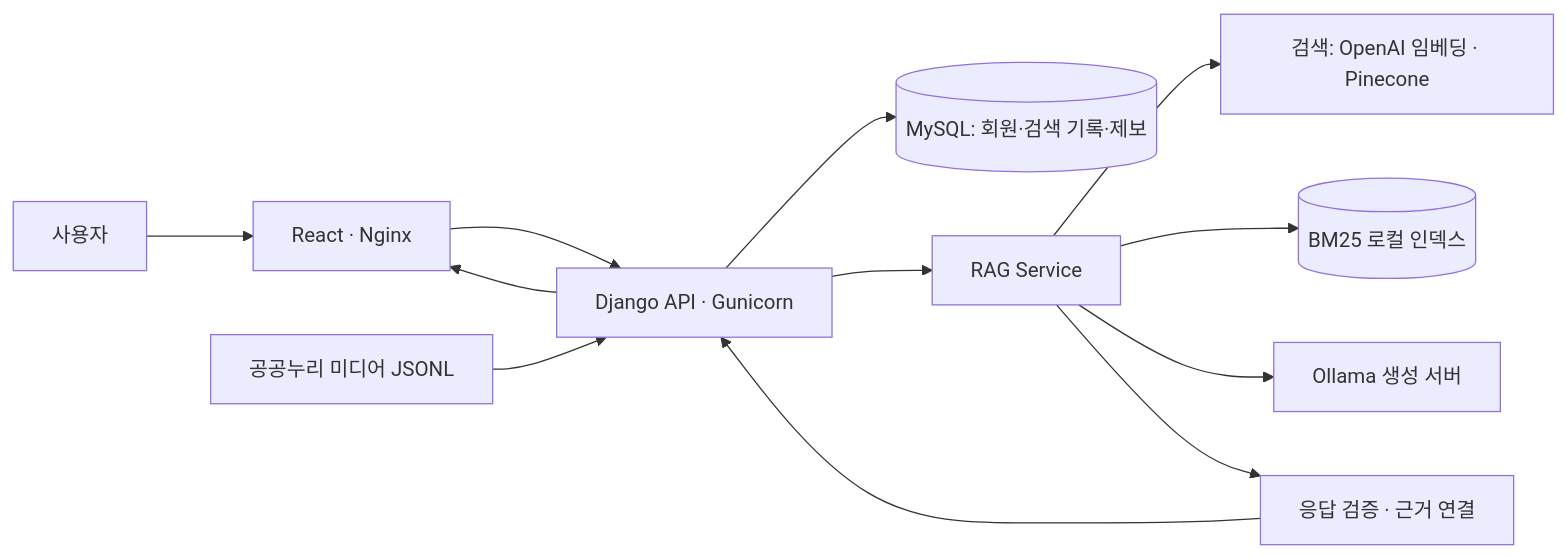
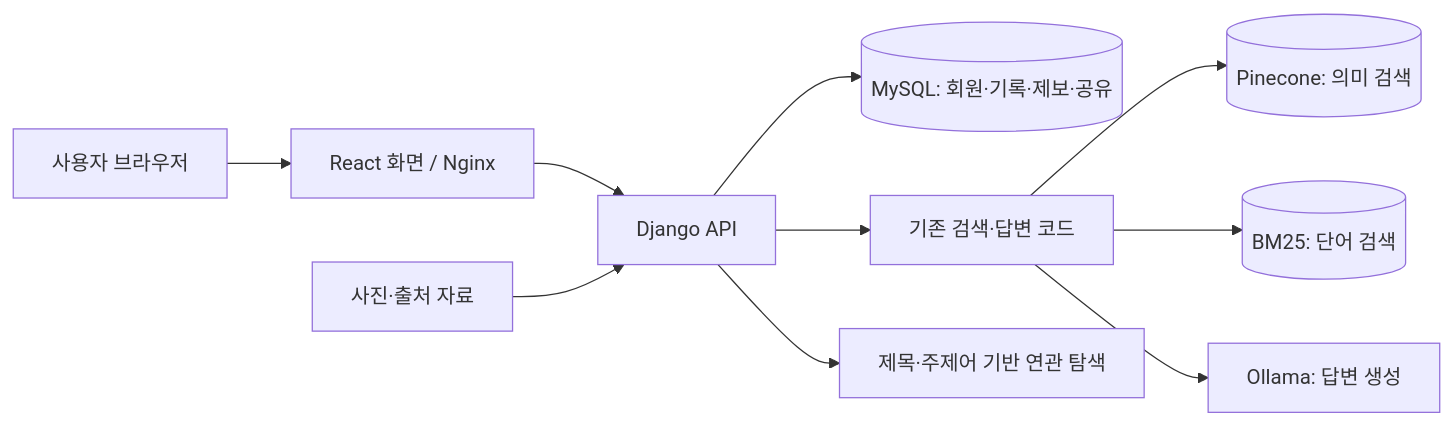
Before and after one commit to SpicyAutumn/SKN33-4th-1Team: the second of 2 diagrams in README.md, drawn with Mermaid. The commit also changed other lines of this file and 8 other files, not shown here.

````diff
--- a/README.md
+++ b/README.md
@@ -57,14 +61,12 @@
 ```mermaid
 flowchart LR
-    U[사용자] --> W[React · Nginx]
-    W --> A[Django API · Gunicorn]
-    A --> DB[(MySQL: 회원·검색 기록·제보)]
-    A --> R[RAG Service]
-    R --> S[검색: OpenAI 임베딩 · Pinecone]
-    R --> B[(BM25 로컬 인덱스)]
-    R --> O[Ollama 생성 서버]
-    R --> C[응답 검증 · 근거 연결]
-    C --> A
-    M[공공누리 미디어 JSONL] --> A
-    A --> W
+    U["사용자 브라우저"] --> W["React 화면 / Nginx"]
+    W --> A["Django API"]
+    A --> DB[("MySQL: 회원·기록·제보·공유")]
+    A --> R["기존 검색·답변 코드"]
+    R --> V[("Pinecone: 의미 검색")]
+    R --> K[("BM25: 단어 검색")]
+    R --> L["Ollama: 답변 생성"]
+    M["사진·출처 자료"] --> A
+    A --> N["제목·주제어 기반 연관 탐색"]
 ```
````
